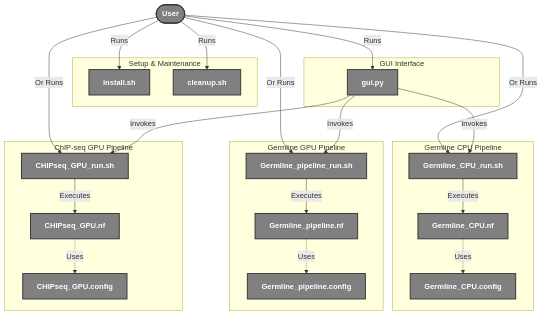
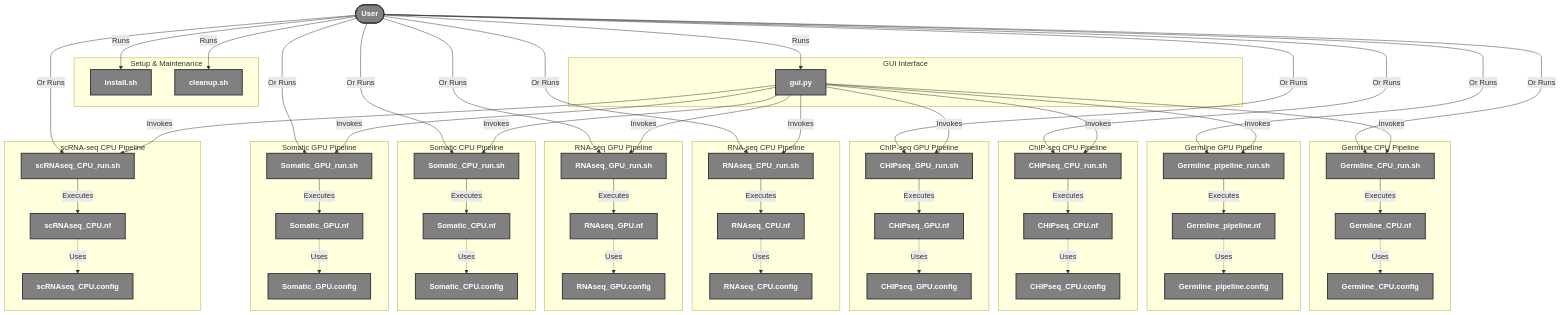
The first of 4 diagrams in README.md (Night452/NGS-nextflow), drawn with Mermaid before and after one commit. The commit also changed other lines of this file and 41 other files, not shown here.

````diff
--- a/README.md
+++ b/README.md
@@ -89,10 +98,46 @@
         gpu_config[Germline_pipeline.config]
     end
 
+    subgraph "ChIP-seq CPU Pipeline"
+        chip_cpu_run[CHIPseq_CPU_run.sh]
+        chip_cpu_nf[CHIPseq_CPU.nf]
+        chip_cpu_config[CHIPseq_CPU.config]
+    end
+
     subgraph "ChIP-seq GPU Pipeline"
         chip_run[CHIPseq_GPU_run.sh]
         chip_nf[CHIPseq_GPU.nf]
         chip_config[CHIPseq_GPU.config]
+    end
+
+    subgraph "RNA-seq CPU Pipeline"
+        rna_cpu_run[RNAseq_CPU_run.sh]
+        rna_cpu_nf[RNAseq_CPU.nf]
+        rna_cpu_config[RNAseq_CPU.config]
+    end
+
+    subgraph "RNA-seq GPU Pipeline"
+        rna_gpu_run[RNAseq_GPU_run.sh]
+        rna_gpu_nf[RNAseq_GPU.nf]
+        rna_gpu_config[RNAseq_GPU.config]
+    end
+
+    subgraph "Somatic CPU Pipeline"
+        som_cpu_run[Somatic_CPU_run.sh]
+        som_cpu_nf[Somatic_CPU.nf]
+        som_cpu_config[Somatic_CPU.config]
+    end
+
+    subgraph "Somatic GPU Pipeline"
+        som_gpu_run[Somatic_GPU_run.sh]
+        som_gpu_nf[Somatic_GPU.nf]
+        som_gpu_config[Somatic_GPU.config]
+    end
+
+    subgraph "scRNA-seq CPU Pipeline"
+        scrna_cpu_run[scRNAseq_CPU_run.sh]
+        scrna_cpu_nf[scRNAseq_CPU.nf]
+        scrna_cpu_config[scRNAseq_CPU.config]
     end
 
     %% User interactions
@@ -103,27 +148,51 @@
     User -->|Or Runs| cpu_run
     User -->|Or Runs| gpu_run
     User -->|Or Runs| chip_run
+    User -->|Or Runs| chip_cpu_run
+    User -->|Or Runs| rna_cpu_run
+    User -->|Or Runs| rna_gpu_run
+    User -->|Or Runs| som_cpu_run
+    User -->|Or Runs| som_gpu_run
+    User -->|Or Runs| scrna_cpu_run
 
     %% GUI invoking run scripts
     gui -->|Invokes| cpu_run
     gui -->|Invokes| gpu_run
     gui -->|Invokes| chip_run
+    gui -->|Invokes| chip_cpu_run
+    gui -->|Invokes| rna_cpu_run
+    gui -->|Invokes| rna_gpu_run
+    gui -->|Invokes| som_cpu_run
+    gui -->|Invokes| som_gpu_run
+    gui -->|Invokes| scrna_cpu_run
 
     %% Run scripts executing NF
     cpu_run -->|Executes| cpu_nf
     gpu_run -->|Executes| gpu_nf
     chip_run -->|Executes| chip_nf
+    chip_cpu_run -->|Executes| chip_cpu_nf
+    rna_cpu_run -->|Executes| rna_cpu_nf
+    rna_gpu_run -->|Executes| rna_gpu_nf
+    som_cpu_run -->|Executes| som_cpu_nf
+    som_gpu_run -->|Executes| som_gpu_nf
+    scrna_cpu_run -->|Executes| scrna_cpu_nf
 
     %% NF using Config
     cpu_nf -.->|Uses| cpu_config
     gpu_nf -.->|Uses| gpu_config
     chip_nf -.->|Uses| chip_config
+    chip_cpu_nf -.->|Uses| chip_cpu_config
+    rna_cpu_nf -.->|Uses| rna_cpu_config
+    rna_gpu_nf -.->|Uses| rna_gpu_config
+    som_cpu_nf -.->|Uses| som_cpu_config
+    som_gpu_nf -.->|Uses| som_gpu_config
+    scrna_cpu_nf -.->|Uses| scrna_cpu_config
 
     %% Styling
     classDef default fill:#808080,stroke:#333,stroke-width:2px,color:#ffffff,font-weight:bold;
     classDef script fill:#808080,stroke:#333,stroke-width:2px,color:#ffffff,font-weight:bold;
     classDef nf fill:#808080,stroke:#333,stroke-width:2px,color:#ffffff,font-weight:bold;
     
-    class install,cleanup,gui,cpu_run,gpu_run,chip_run script;
-    class cpu_nf,gpu_nf,chip_nf,cpu_config,gpu_config,chip_config nf;
+    class install,cleanup,gui,cpu_run,gpu_run,chip_run,chip_cpu_run,rna_cpu_run,rna_gpu_run,som_cpu_run,som_gpu_run,scrna_cpu_run script;
+    class cpu_nf,gpu_nf,chip_nf,chip_cpu_nf,rna_cpu_nf,rna_gpu_nf,som_cpu_nf,som_gpu_nf,scrna_cpu_nf,cpu_config,gpu_config,chip_config,chip_cpu_config,rna_cpu_config,rna_gpu_config,som_cpu_config,som_gpu_config,scrna_cpu_config nf;
 ```
````
